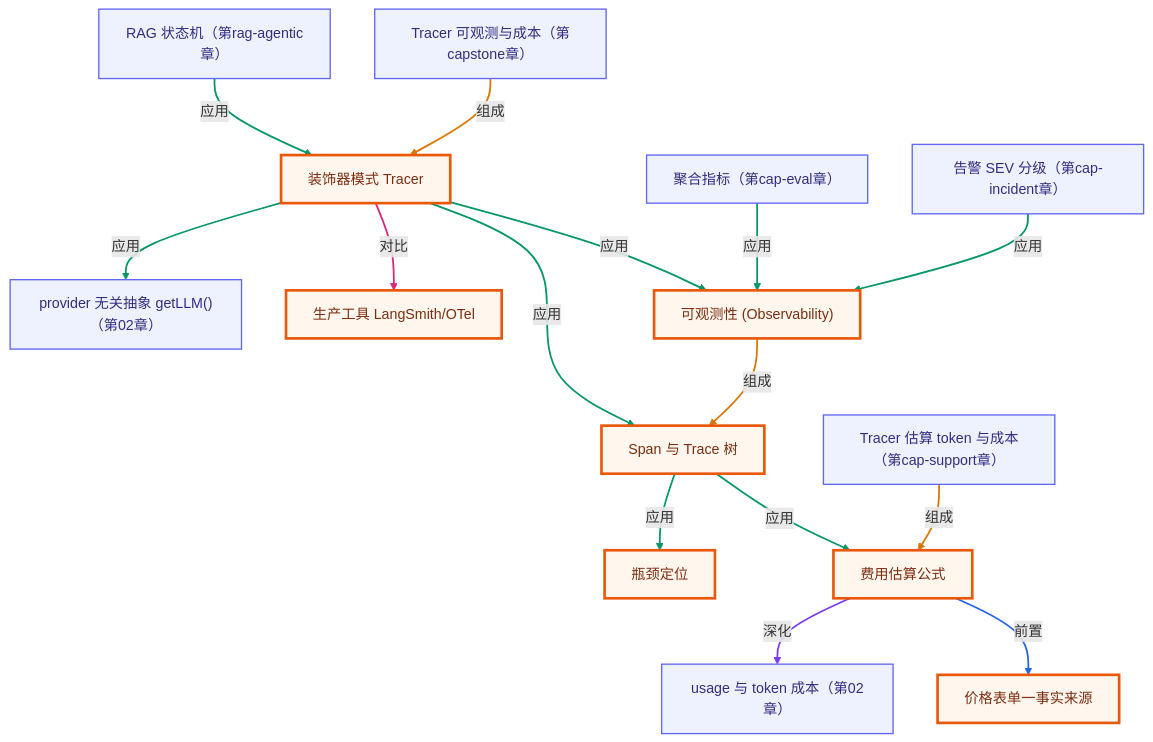
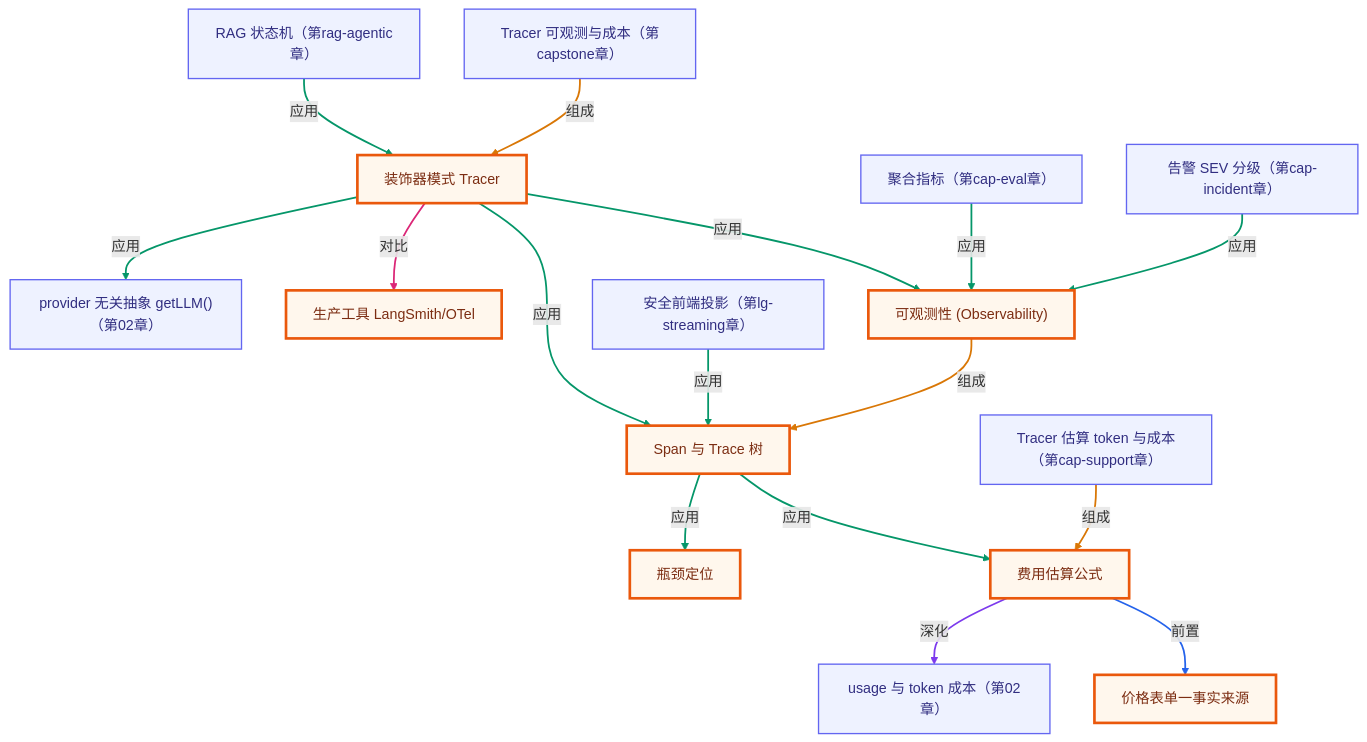
Before and after one commit to songuu/agent: the second of 2 diagrams in lessons/16-observability-and-cost/README.md, drawn with Mermaid. The commit also changed other lines of this file and 36 other files, not shown here.

First line of the commit message:
feat(docs): introduce 2026 Agent trends and architecture framework

````diff
--- a/lessons/16-observability-and-cost/README.md
+++ b/lessons/16-observability-and-cost/README.md
@@ -258,49 +258,52 @@
 ```mermaid
 graph TB
   classDef own fill:#fff7ed,stroke:#ea580c,stroke-width:3px,color:#7c2d12;
   classDef cross fill:#eef2ff,stroke:#6366f1,stroke-width:1.5px,color:#312e81;
   n_c16_observability["可观测性 (Observability)"]
   n_c16_span_trace_tree["Span 与 Trace 树"]
   n_c16_decorator_tracer["装饰器模式 Tracer"]
   n_c16_cost_estimation["费用估算公式"]
   n_c16_price_table["价格表单一事实来源"]
   n_c16_bottleneck_location["瓶颈定位"]
   n_c16_production_tooling["生产工具 LangSmith/OTel"]
   n_c02_usage_token["usage 与 token 成本（第02章）"]
   n_c02_get_llm_abstraction["provider 无关抽象 getLLM()（第02章）"]
   n_ccapstone_tracer_cost["Tracer 可观测与成本（第capstone章）"]
   n_csup_observability["Tracer 估算 token 与成本（第cap-support章）"]
   n_cev_metrics["聚合指标（第cap-eval章）"]
   n_cinc_severity["告警 SEV 分级（第cap-incident章）"]
   n_cragagentic_state_machine["RAG 状态机（第rag-agentic章）"]
+  n_lges_safe_projection["安全前端投影（第lg-streaming章）"]
   n_c16_observability -->|组成| n_c16_span_trace_tree
   n_c16_decorator_tracer -->|应用| n_c16_observability
   n_c16_decorator_tracer -->|应用| n_c16_span_trace_tree
   n_c16_cost_estimation -->|前置| n_c16_price_table
   n_c16_span_trace_tree -->|应用| n_c16_cost_estimation
   n_c16_span_trace_tree -->|应用| n_c16_bottleneck_location
   n_c16_decorator_tracer -->|对比| n_c16_production_tooling
   n_c16_cost_estimation -->|深化| n_c02_usage_token
   n_c16_decorator_tracer -->|应用| n_c02_get_llm_abstraction
   n_ccapstone_tracer_cost -->|组成| n_c16_decorator_tracer
   n_csup_observability -->|组成| n_c16_cost_estimation
   n_cev_metrics -->|应用| n_c16_observability
   n_cinc_severity -->|应用| n_c16_observability
   n_cragagentic_state_machine -->|应用| n_c16_decorator_tracer
+  n_lges_safe_projection -->|应用| n_c16_span_trace_tree
   class n_c16_observability,n_c16_span_trace_tree,n_c16_decorator_tracer,n_c16_cost_estimation,n_c16_price_table,n_c16_bottleneck_location,n_c16_production_tooling own;
-  class n_c02_usage_token,n_c02_get_llm_abstraction,n_ccapstone_tracer_cost,n_csup_observability,n_cev_metrics,n_cinc_severity,n_cragagentic_state_machine cross;
+  class n_c02_usage_token,n_c02_get_llm_abstraction,n_ccapstone_tracer_cost,n_csup_observability,n_cev_metrics,n_cinc_severity,n_cragagentic_state_machine,n_lges_safe_projection cross;
   linkStyle 0 stroke:#d97706,stroke-width:2px;
   linkStyle 1 stroke:#059669,stroke-width:2px;
   linkStyle 2 stroke:#059669,stroke-width:2px;
   linkStyle 3 stroke:#2563eb,stroke-width:2px;
   linkStyle 4 stroke:#059669,stroke-width:2px;
   linkStyle 5 stroke:#059669,stroke-width:2px;
   linkStyle 6 stroke:#db2777,stroke-width:2px;
   linkStyle 7 stroke:#7c3aed,stroke-width:2px;
   linkStyle 8 stroke:#059669,stroke-width:2px;
   linkStyle 9 stroke:#d97706,stroke-width:2px;
   linkStyle 10 stroke:#d97706,stroke-width:2px;
   linkStyle 11 stroke:#059669,stroke-width:2px;
   linkStyle 12 stroke:#059669,stroke-width:2px;
   linkStyle 13 stroke:#059669,stroke-width:2px;
+  linkStyle 14 stroke:#059669,stroke-width:2px;
 ```
````
